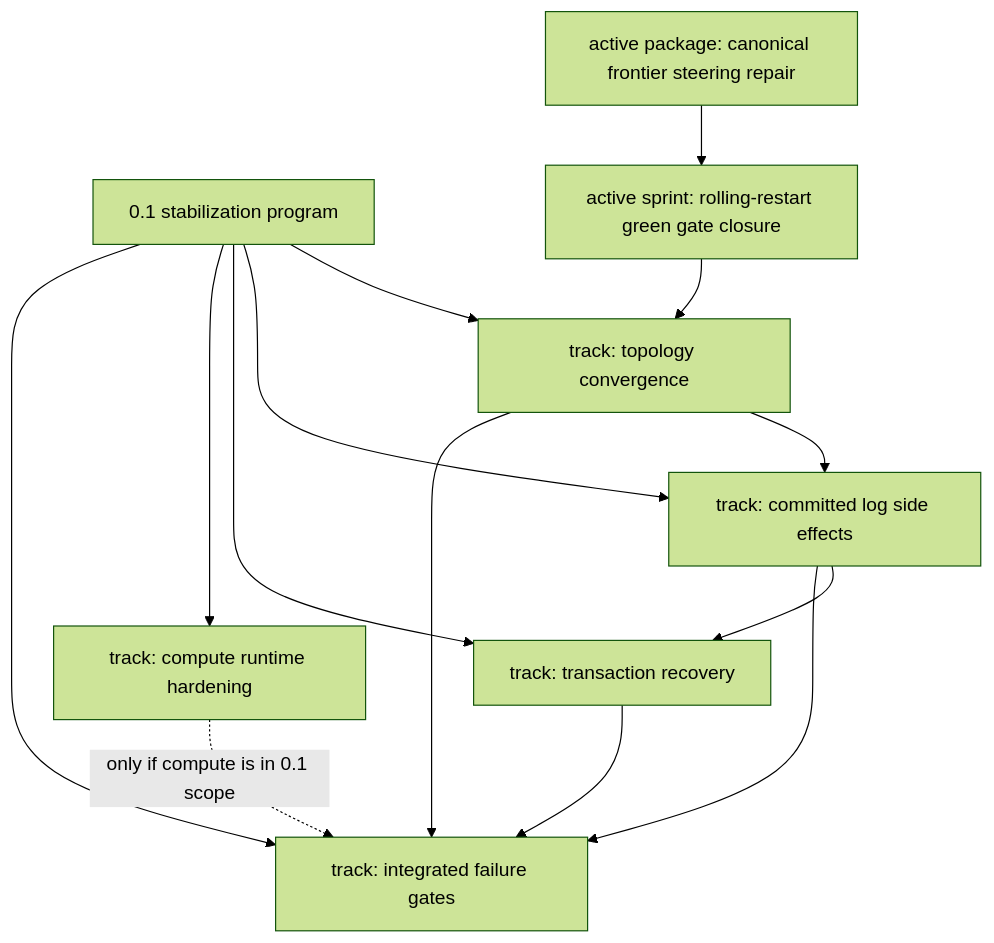
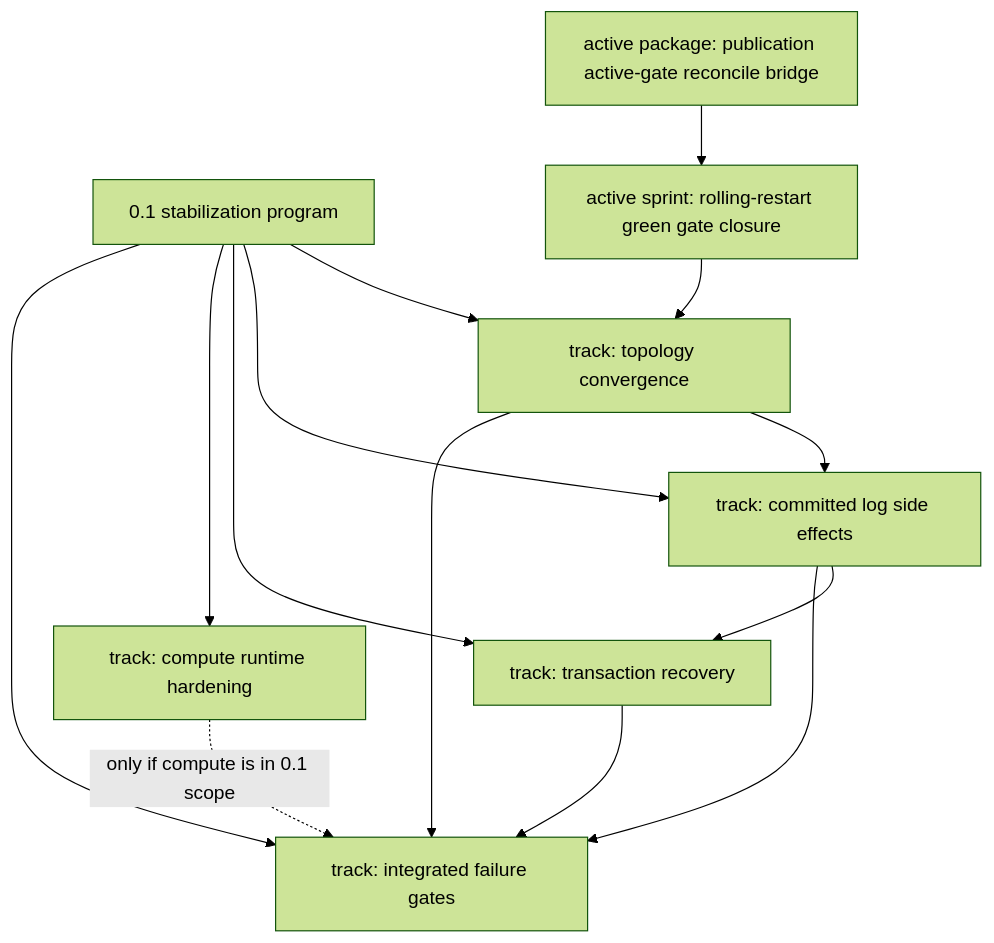
Before and after one commit to psvensson/lagrange: the diagram in work/releases/0.1-dependency-map.md, drawn with Mermaid (forest theme). The commit also changed other lines of this file and 8 other files, not shown here.

Commit message:
Activate active-gate reconcile bridge package

````diff
--- a/work/releases/0.1-dependency-map.md
+++ b/work/releases/0.1-dependency-map.md
@@ -36,27 +37,27 @@
 ```mermaid
 flowchart TD
   release["0.1 stabilization program"]
   topo["track: topology convergence"]
   sidefx["track: committed log side effects"]
   tx["track: transaction recovery"]
   compute["track: compute runtime hardening"]
   gates["track: integrated failure gates"]
   sprint["active sprint: rolling-restart green gate closure"]
-  package["active package: canonical frontier steering repair"]
+  package["active package: publication active-gate reconcile bridge"]
 
   release --> topo
   release --> sidefx
   release --> tx
   release --> compute
   release --> gates
 
   sprint --> topo
   package --> sprint
 
   topo --> sidefx
   sidefx --> tx
   topo --> gates
   sidefx --> gates
   tx --> gates
   compute -. "only if compute is in 0.1 scope" .-> gates
 ```
````
